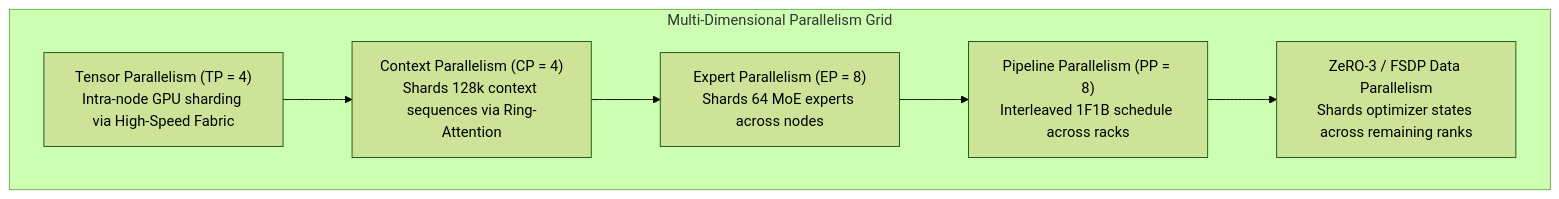
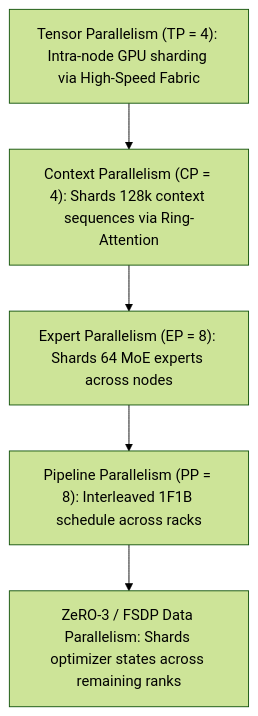
One commit to Ashutosh0x/frontier-llm-from-scratch changed the second of 2 diagrams in RESEARCH_REPORT_FRONTIER_LLM_FROM_SCRATCH.md. Above: the diagram before and after it, drawn with Mermaid (forest theme). The commit also changed other lines of this file and 1 other file, not shown here.

Commit message:
docs: add tech stack icons and badges table to README, replace all flowchart with GitHub-safe graph TD syntax

````diff
--- a/RESEARCH_REPORT_FRONTIER_LLM_FROM_SCRATCH.md
+++ b/RESEARCH_REPORT_FRONTIER_LLM_FROM_SCRATCH.md
@@ -271,15 +261,7 @@
 ```mermaid
-flowchart TD
-    subgraph AcceleratorMesh ["Multi-Dimensional Parallelism Grid"]
-        TP["Tensor Parallelism (TP = 4)<br>Intra-node GPU sharding via High-Speed Fabric"]
-        CP["Context Parallelism (CP = 4)<br>Shards 128k context sequences via Ring-Attention"]
-        EP["Expert Parallelism (EP = 8)<br>Shards 64 MoE experts across nodes"]
-        PP["Pipeline Parallelism (PP = 8)<br>Interleaved 1F1B schedule across racks"]
-        DP["ZeRO-3 / FSDP Data Parallelism<br>Shards optimizer states across remaining ranks"]
-
-        TP --> CP
-        CP --> EP
-        EP --> PP
-        PP --> DP
-    end
+graph TD
+    TP["Tensor Parallelism (TP = 4): Intra-node GPU sharding via High-Speed Fabric"] --> CP["Context Parallelism (CP = 4): Shards 128k context sequences via Ring-Attention"]
+    CP --> EP["Expert Parallelism (EP = 8): Shards 64 MoE experts across nodes"]
+    EP --> PP["Pipeline Parallelism (PP = 8): Interleaved 1F1B schedule across racks"]
+    PP --> DP["ZeRO-3 / FSDP Data Parallelism: Shards optimizer states across remaining ranks"]
 ```
````
